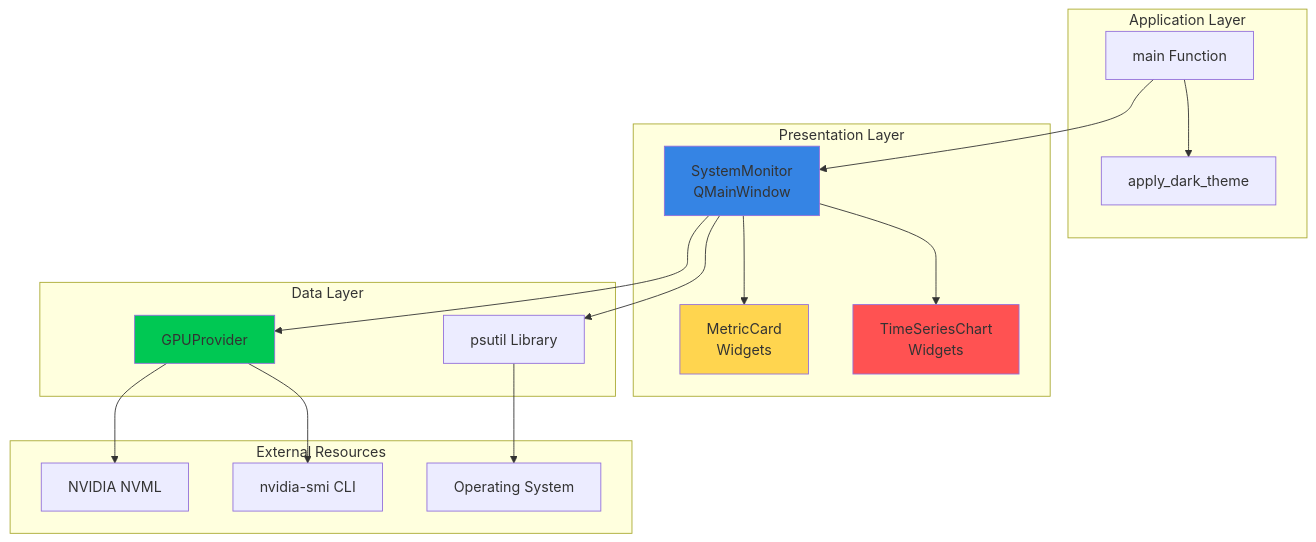
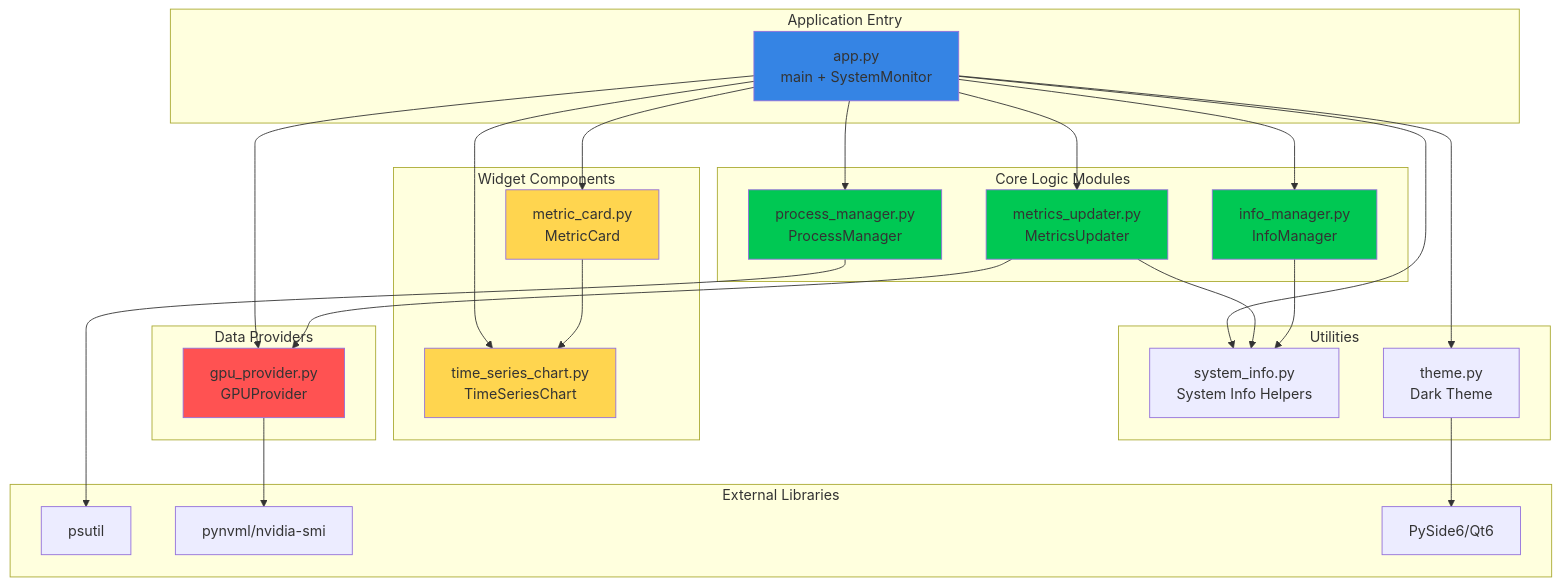
The first of 6 diagrams in architecture.md (predator17/python_playground), drawn with Mermaid before and after one commit. The commit also changed other lines of this file and 29 other files, not shown here.

````diff
--- a/architecture.md
+++ b/architecture.md
@@ -15,39 +17,57 @@
 ```mermaid
 graph TB
-    subgraph "Application Layer"
-        Main[main Function]
-        Theme[apply_dark_theme]
+    subgraph "Application Entry"
+        Main[app.py<br/>main + SystemMonitor]
     end
     
-    subgraph "Presentation Layer"
-        SM[SystemMonitor<br/>QMainWindow]
-        MC[MetricCard<br/>Widgets]
-        TSC[TimeSeriesChart<br/>Widgets]
+    subgraph "Core Logic Modules"
+        MU[metrics_updater.py<br/>MetricsUpdater]
+        PM[process_manager.py<br/>ProcessManager]
+        IM[info_manager.py<br/>InfoManager]
     end
     
-    subgraph "Data Layer"
-        GPU[GPUProvider]
-        PS[psutil Library]
+    subgraph "Widget Components"
+        MC[metric_card.py<br/>MetricCard]
+        TSC[time_series_chart.py<br/>TimeSeriesChart]
     end
     
-    subgraph "External Resources"
-        NVML[NVIDIA NVML]
-        SMI[nvidia-smi CLI]
-        OS[Operating System]
+    subgraph "Data Providers"
+        GPU[gpu_provider.py<br/>GPUProvider]
     end
     
-    Main --> Theme
-    Main --> SM
-    SM --> MC
-    SM --> TSC
-    SM --> GPU
-    SM --> PS
+    subgraph "Utilities"
+        SI[system_info.py<br/>System Info Helpers]
+        TH[theme.py<br/>Dark Theme]
+    end
+    
+    subgraph "External Libraries"
+        PS[psutil]
+        NVML[pynvml/nvidia-smi]
+        QT[PySide6/Qt6]
+    end
+    
+    Main --> MU
+    Main --> PM
+    Main --> IM
+    Main --> MC
+    Main --> TSC
+    Main --> GPU
+    Main --> SI
+    Main --> TH
+    
+    MU --> SI
+    MU --> GPU
+    PM --> PS
+    IM --> SI
     GPU --> NVML
-    GPU --> SMI
-    PS --> OS
+    TH --> QT
+    MC --> TSC
     
-    style SM fill:#3584e4
-    style GPU fill:#00c853
+    style Main fill:#3584e4
+    style MU fill:#00c853
+    style PM fill:#00c853
+    style IM fill:#00c853
     style MC fill:#ffd54f
-    style TSC fill:#ff5252
+    style TSC fill:#ffd54f
+    style GPU fill:#ff5252
 ```
````
